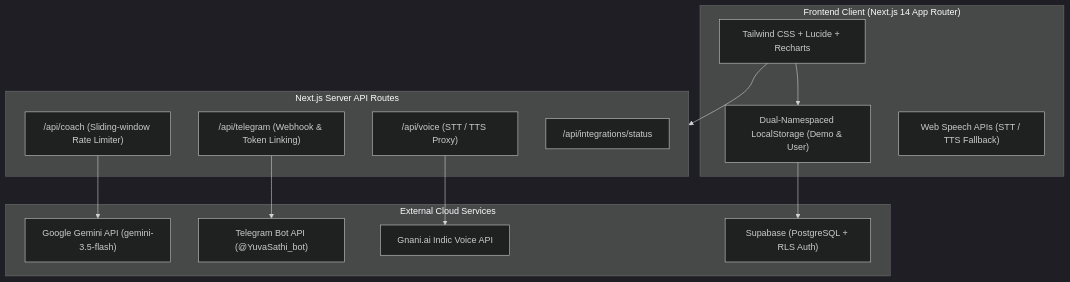
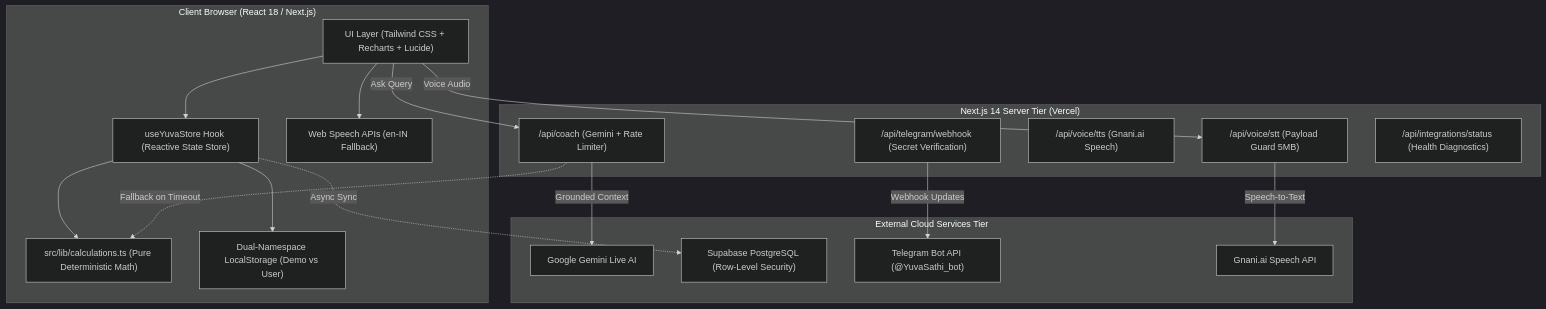
The second of 2 diagrams in README.md (varunrao246/Yuva-Sathi), drawn with Mermaid (dark theme) before and after one commit. The commit also changed other lines of this file and 40 other files, not shown here.

Commit message:
refactor(quality): organize documentation, remediate architecture, and polish repository presentation

````diff
--- a/README.md
+++ b/README.md
@@ -155,29 +140,38 @@
 ```mermaid
-flowchart TB
-    subgraph Client["Frontend Client (Next.js 14 App Router)"]
-        UI["Tailwind CSS + Lucide + Recharts"]
-        Store["Dual-Namespaced LocalStorage (Demo & User)"]
-        Speech["Web Speech APIs (STT / TTS Fallback)"]
+flowchart TD
+    subgraph Browser["Client Browser (React 18 / Next.js)"]
+        UI["UI Layer (Tailwind CSS + Recharts + Lucide)"]
+        Store["useYuvaStore Hook (Reactive State Store)"]
+        MathEngine["src/lib/calculations.ts (Pure Deterministic Math)"]
+        LocalStorage["Dual-Namespace LocalStorage (Demo vs User)"]
+        WebSpeech["Web Speech APIs (en-IN Fallback)"]
     end
 
-    subgraph Server["Next.js Server API Routes"]
-        CoachRoute["/api/coach (Sliding-window Rate Limiter)"]
-        TgRoute["/api/telegram (Webhook & Token Linking)"]
-        VoiceRoute["/api/voice (STT / TTS Proxy)"]
-        StatusRoute["/api/integrations/status"]
+    subgraph Server["Next.js 14 Server Tier (Vercel)"]
+        CoachRoute["/api/coach (Gemini + Rate Limiter)"]
+        STTRoute["/api/voice/stt (Payload Guard 5MB)"]
+        TTSRoute["/api/voice/tts (Gnani.ai Speech)"]
+        TgWebhook["/api/telegram/webhook (Secret Verification)"]
+        StatusRoute["/api/integrations/status (Health Diagnostics)"]
     end
 
-    subgraph Cloud["External Cloud Services"]
-        Gemini["Google Gemini API (gemini-3.5-flash)"]
-        Supa["Supabase (PostgreSQL + RLS Auth)"]
-        TgAPI["Telegram Bot API (@YuvaSathi_bot)"]
-        Gnani["Gnani.ai Indic Voice API"]
+    subgraph Cloud["External Cloud Services Tier"]
+        GeminiAI["Google Gemini Live AI"]
+        SupabaseDB["Supabase PostgreSQL (Row-Level Security)"]
+        TelegramAPI["Telegram Bot API (@YuvaSathi_bot)"]
+        GnaniAI["Gnani.ai Speech API"]
     end
 
     UI --> Store
-    UI --> Server
-    Store --> Supa
-    CoachRoute --> Gemini
-    TgRoute --> TgAPI
-    VoiceRoute --> Gnani
+    Store --> MathEngine
+    Store --> LocalStorage
+    UI --> WebSpeech
+
+    Store -.->|Async Sync| SupabaseDB
+    UI -->|Ask Query| CoachRoute
+    UI -->|Voice Audio| STTRoute
+    CoachRoute -->|Grounded Context| GeminiAI
+    CoachRoute -.->|Fallback on Timeout| MathEngine
+    STTRoute -->|Speech-to-Text| GnaniAI
+    TgWebhook -->|Webhook Updates| TelegramAPI
 ```
````
